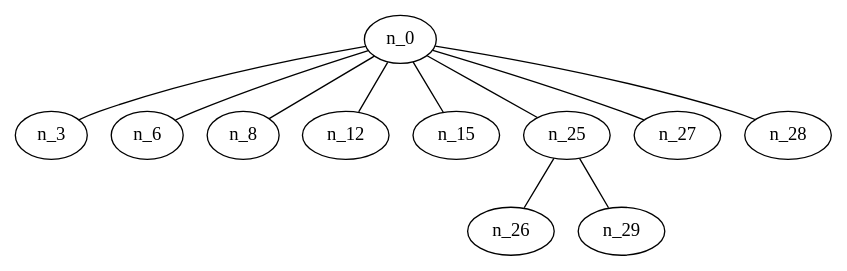
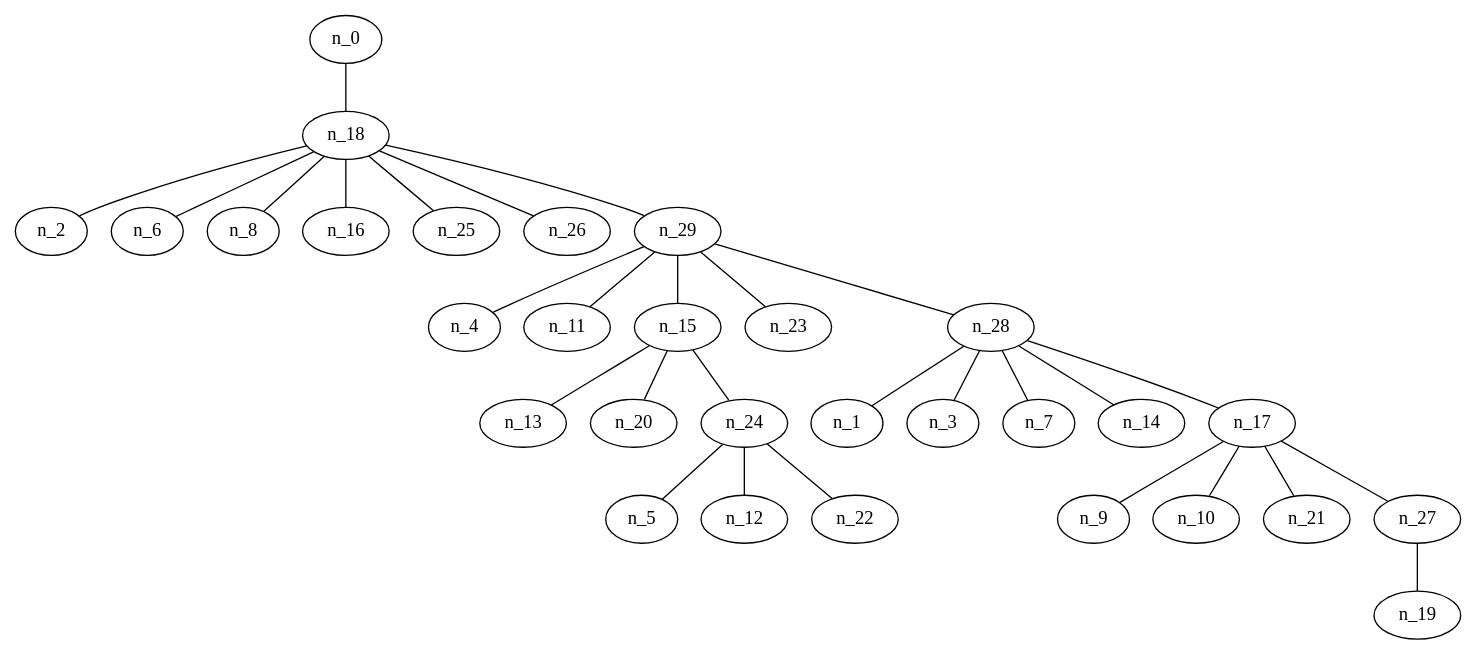
One commit to AkatzinBH/DAA changed the diagram in Proyecto2/30 Nodos/Geografico/grafoGeografico_30_30_DFS_I.gv. Above: the diagram before and after it, drawn with Graphviz. The commit also changed 3 other files, not shown here.

```diff
--- a/Proyecto2/30 Nodos/Geografico/grafoGeografico_30_30_DFS_I.gv
+++ b/Proyecto2/30 Nodos/Geografico/grafoGeografico_30_30_DFS_I.gv
@@ -1,23 +1,61 @@
 graph grafoGeografico_30_30_DFS_I  {
 n_0;
-n_3;
+n_18;
+n_2;
 n_6;
 n_8;
-n_12;
-n_15;
+n_16;
 n_25;
-n_27;
-n_28;
 n_26;
 n_29;
-n_0 -- n_3;
-n_0 -- n_6;
-n_0 -- n_8;
-n_0 -- n_12;
-n_0 -- n_15;
-n_0 -- n_25;
-n_0 -- n_27;
-n_0 -- n_28;
-n_25 -- n_26;
-n_25 -- n_29;
+n_4;
+n_11;
+n_15;
+n_23;
+n_28;
+n_1;
+n_3;
+n_7;
+n_14;
+n_17;
+n_9;
+n_10;
+n_21;
+n_27;
+n_19;
+n_13;
+n_20;
+n_24;
+n_5;
+n_12;
+n_22;
+n_0 -- n_18;
+n_18 -- n_2;
+n_18 -- n_6;
+n_18 -- n_8;
+n_18 -- n_16;
+n_18 -- n_25;
+n_18 -- n_26;
+n_18 -- n_29;
+n_29 -- n_4;
+n_29 -- n_11;
+n_29 -- n_15;
+n_29 -- n_23;
+n_29 -- n_28;
+n_28 -- n_1;
+n_28 -- n_3;
+n_28 -- n_7;
+n_28 -- n_14;
+n_28 -- n_17;
+n_17 -- n_9;
+n_17 -- n_10;
+n_17 -- n_21;
+n_17 -- n_27;
+n_27 -- n_19;
+n_15 -- n_13;
+n_15 -- n_20;
+n_15 -- n_24;
+n_24 -- n_5;
+n_24 -- n_12;
+n_24 -- n_22;
 }
```
